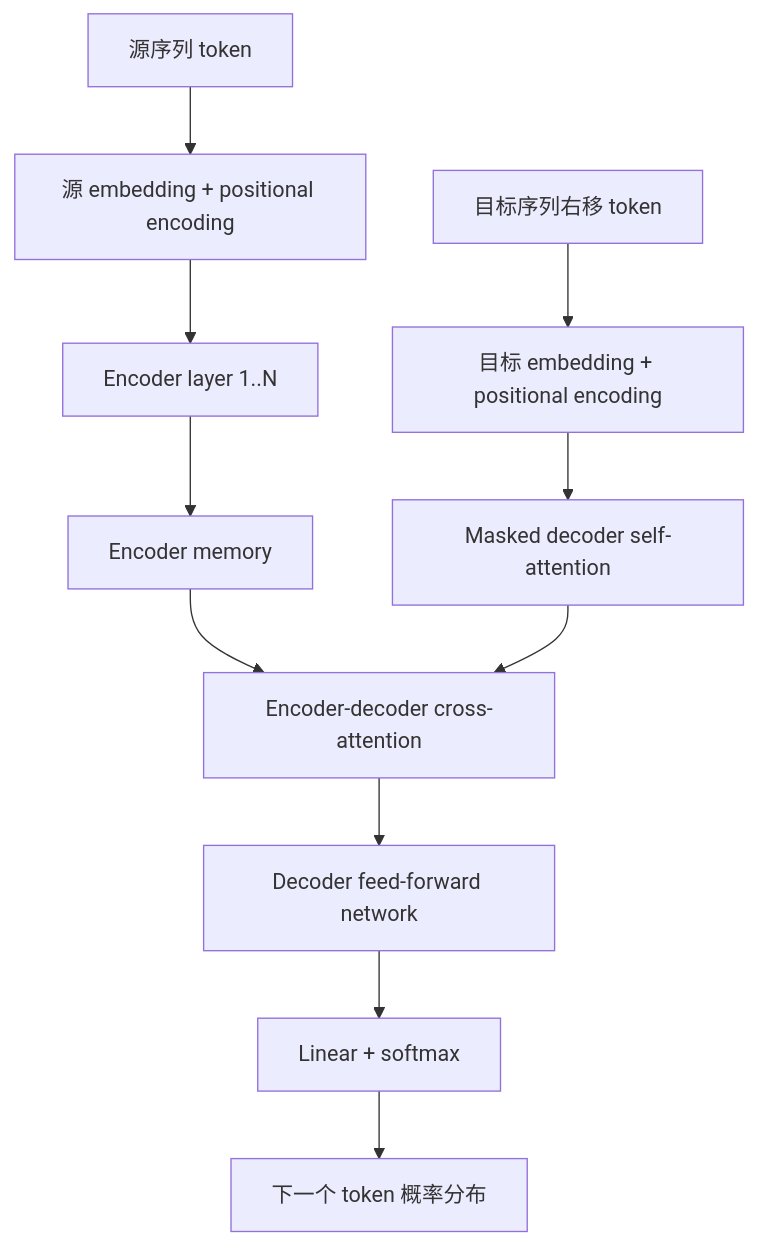
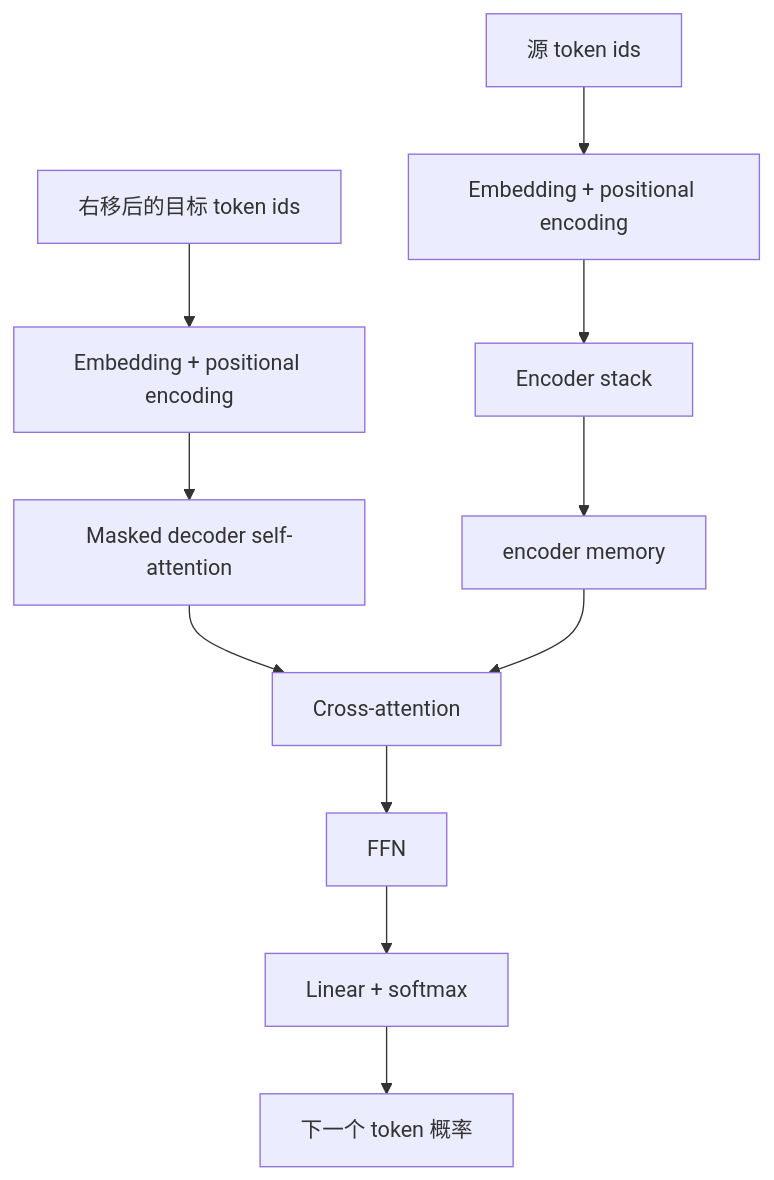
One commit to Faione/notebook changed the first of 3 diagrams in papers/attention_is_all_you_need/transformer_algorithm_and_cuda.md. Above: the diagram before and after it, drawn with Mermaid. The commit also changed other lines of this file and 6 other files, not shown here.

````diff
--- a/papers/attention_is_all_you_need/transformer_algorithm_and_cuda.md
+++ b/papers/attention_is_all_you_need/transformer_algorithm_and_cuda.md
@@ -26,13 +22,14 @@
 ```mermaid
 flowchart TD
-    A["源序列 token"] --> B["源 embedding + positional encoding"]
-    B --> C["Encoder layer 1..N"]
-    C --> D["Encoder memory"]
-    E["目标序列右移 token"] --> F["目标 embedding + positional encoding"]
-    F --> G["Masked decoder self-attention"]
-    D --> H["Encoder-decoder cross-attention"]
-    G --> H
-    H --> I["Decoder feed-forward network"]
-    I --> J["Linear + softmax"]
-    J --> K["下一个 token 概率分布"]
+    A["源 token ids"] --> B["Embedding + positional encoding"]
+    B --> C["Encoder stack"]
+    C --> M["encoder memory"]
+
+    D["右移后的目标 token ids"] --> E["Embedding + positional encoding"]
+    E --> F["Masked decoder self-attention"]
+    F --> G["Cross-attention"]
+    M --> G
+    G --> H["FFN"]
+    H --> I["Linear + softmax"]
+    I --> J["下一个 token 概率"]
 ```
````
